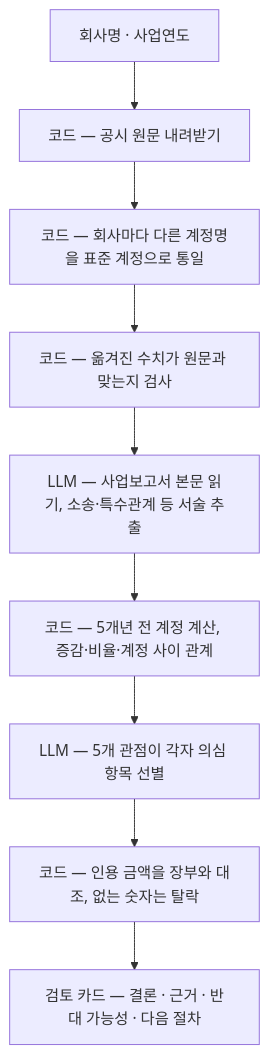
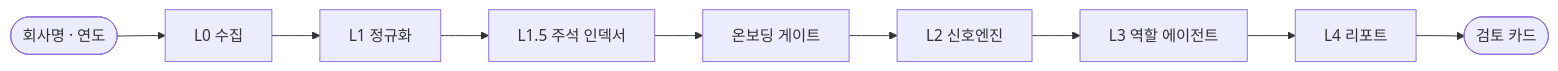
Before and after one commit to ghdtjrgns321-creator/fs-multi-analyzer: the first of 2 diagrams in README.md, drawn with Mermaid. The commit also changed other lines of this file, not shown here.

````diff
--- a/README.md
+++ b/README.md
@@ -61,13 +61,5 @@
 ```mermaid
-flowchart TD
-    A["회사명 · 사업연도"]
-    B["코드 — 공시 원문 내려받기"]
-    C["코드 — 회사마다 다른 계정명을 표준 계정으로 통일"]
-    D["코드 — 옮겨진 수치가 원문과 맞는지 검사"]
-    E["LLM — 사업보고서 본문 읽기, 소송·특수관계 등 서술 추출"]
-    F["코드 — 5개년 전 계정 계산, 증감·비율·계정 사이 관계"]
-    G["LLM — 5개 관점이 각자 의심 항목 선별"]
-    H["코드 — 인용 금액을 장부와 대조, 없는 숫자는 탈락"]
-    I["검토 카드 — 결론 · 근거 · 반대 가능성 · 다음 절차"]
-    A --> B --> C --> D --> E --> F --> G --> H --> I
+flowchart LR
+    IN(["회사명 · 연도"]) --> L0["L0 수집"] --> L1["L1 정규화"] --> L15["L1.5 주석 인덱서"]
+    L15 --> G["온보딩 게이트"] --> L2["L2 신호엔진"] --> L3["L3 역할 에이전트"] --> L4["L4 리포트"] --> OUT(["검토 카드"])
 ```
````
